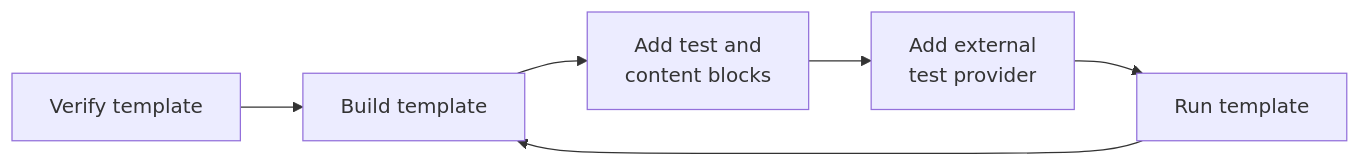
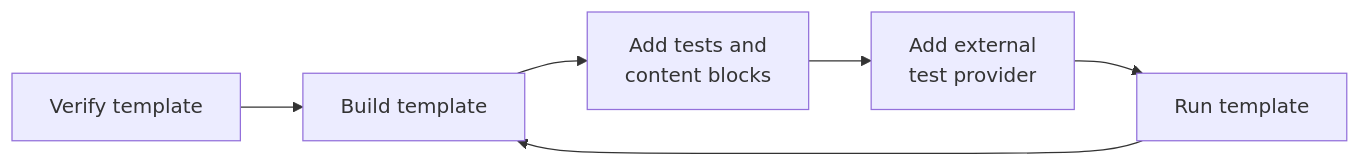
The second of 2 diagrams in site/guide/get-started-developer-framework.qmd (validmind/documentation), drawn with Mermaid before and after one commit. The commit also changed 6 other files, not shown here.

````diff
--- a/site/guide/get-started-developer-framework.qmd
+++ b/site/guide/get-started-developer-framework.qmd
@@ -72,9 +72,9 @@
 ```{mermaid}
 graph LR
     A[Verify template] --> B[Build template]
-    B --> D[Add test and<br>content blocks]
+    B --> D[Add tests and<br>content blocks]
     D --> E[Add external<br>test provider]
     E --> C[Run template]
     C --> B
 
 ```
````
